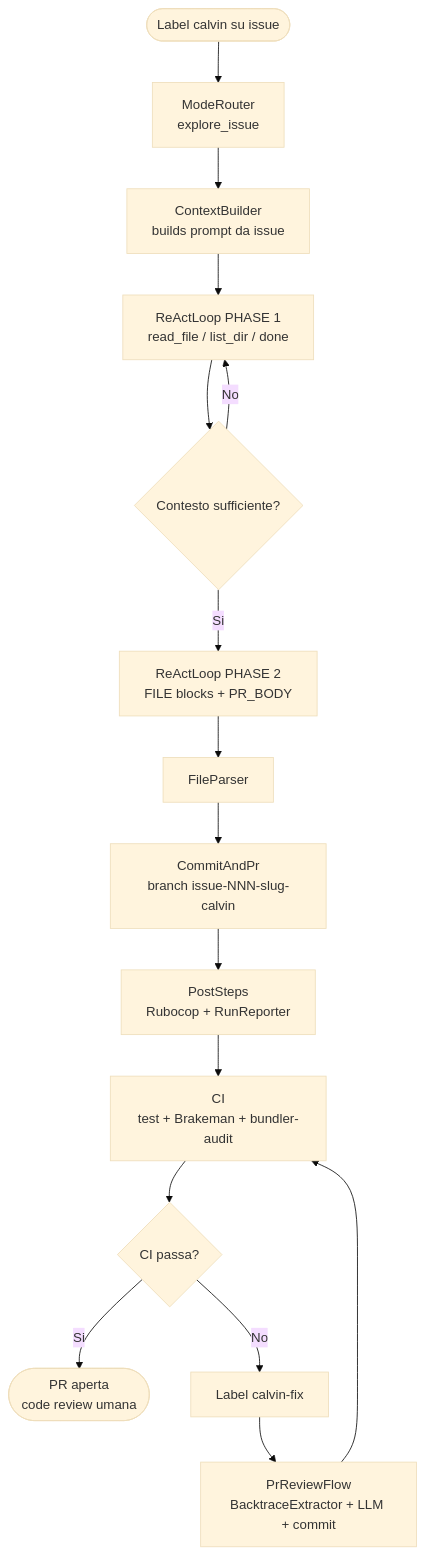
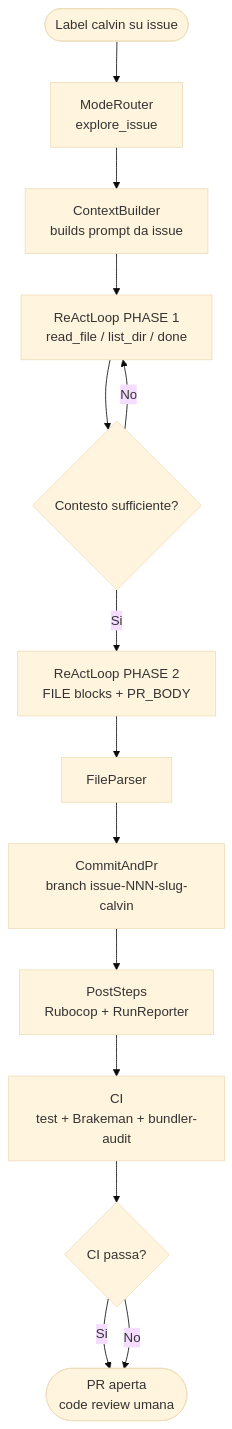
Before and after one commit to Malstrom/calvin: the second of 2 diagrams in README.md, drawn with Mermaid (base theme). The commit also changed other lines of this file, not shown here.

Commit message:
docs: remove calvin-fix / PrReviewFlow

````diff
--- a/README.md
+++ b/README.md
@@ -43,18 +43,16 @@
 ```mermaid
 flowchart TD
     A([Label calvin su issue]) --> B[ModeRouter\nexplore_issue]
     B --> C[ContextBuilder\nbuilds prompt da issue]
     C --> D[ReActLoop PHASE 1\nread_file / list_dir / done]
     D --> E{Contesto sufficiente?}
     E -- No --> D
     E -- Si --> F[ReActLoop PHASE 2\nFILE blocks + PR_BODY]
     F --> G[FileParser]
     G --> H[CommitAndPr\nbranch issue-NNN-slug-calvin]
     H --> I[PostSteps\nRubocop + RunReporter]
     I --> J[CI\ntest + Brakeman + bundler-audit]
     J --> K{CI passa?}
     K -- Si --> L([PR aperta\ncode review umana])
-    K -- No --> M[Label calvin-fix]
-    M --> N[PrReviewFlow\nBacktraceExtractor + LLM + commit]
-    N --> J
+    K -- No --> L
 ```
````
